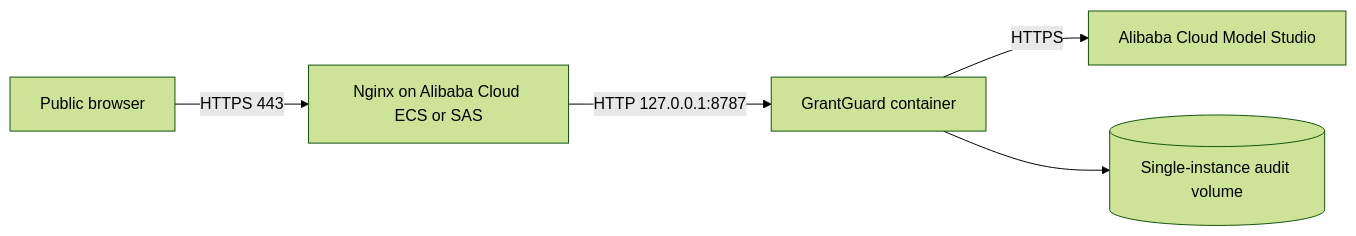
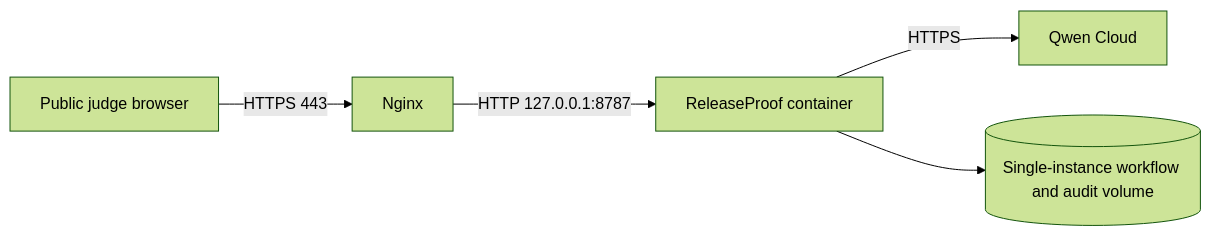
One commit to xiaodouzi666/releaseproof changed the fifth of 5 diagrams in docs/architecture.md. Above: the diagram before and after it, drawn with Mermaid (forest theme). The commit also changed other lines of this file and 70 other files, not shown here.

Commit message:
feat: pivot to ReleaseProof data release autopilot

````diff
--- a/docs/architecture.md
+++ b/docs/architecture.md
@@ -215,7 +250,7 @@
-```mermaid
+~~~mermaid
 flowchart LR
-    Internet[Public browser] -->|HTTPS 443| Nginx[Nginx on Alibaba Cloud ECS or SAS]
-    Nginx -->|HTTP 127.0.0.1:8787| Container[GrantGuard container]
-    Container -->|HTTPS| ModelStudio[Alibaba Cloud Model Studio]
-    Container --> Volume[(Single-instance audit volume)]
-```
+    Internet[Public judge browser] -->|HTTPS 443| Nginx
+    Nginx -->|HTTP 127.0.0.1:8787| Container[ReleaseProof container]
+    Container -->|HTTPS| Qwen[Qwen Cloud]
+    Container --> Volume[(Single-instance workflow and audit volume)]
+~~~
````
